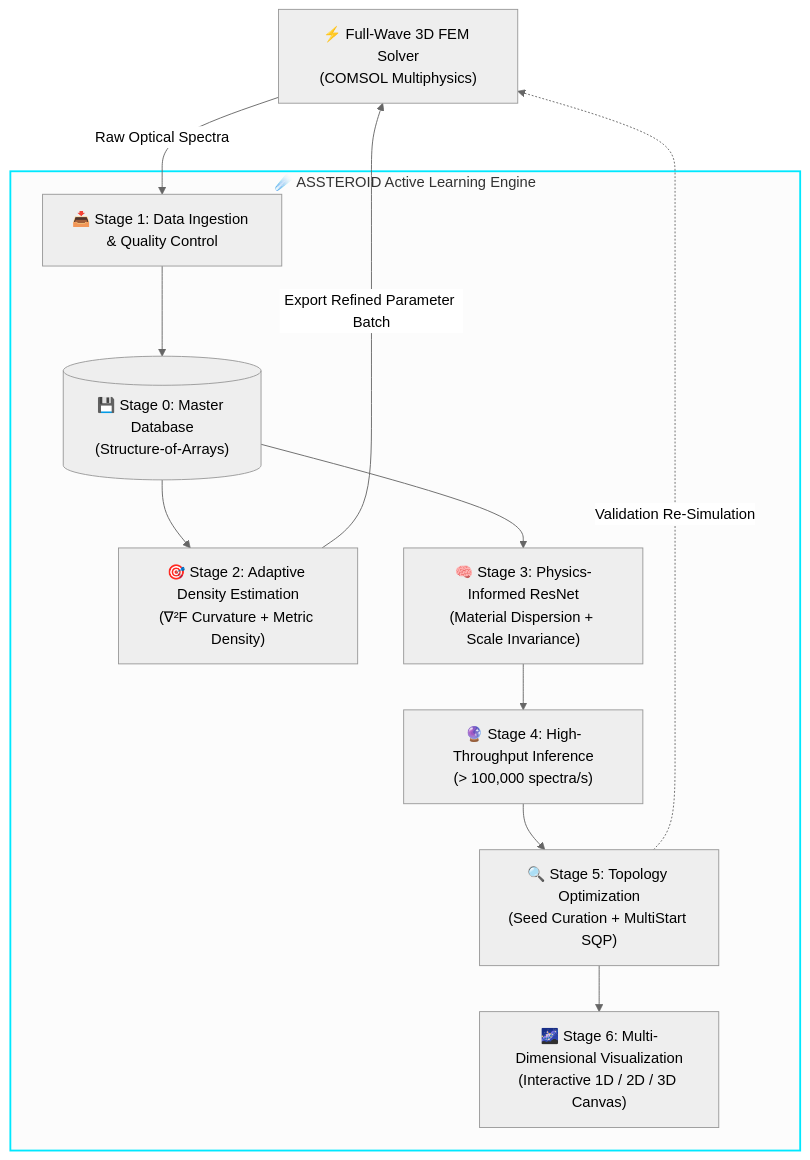
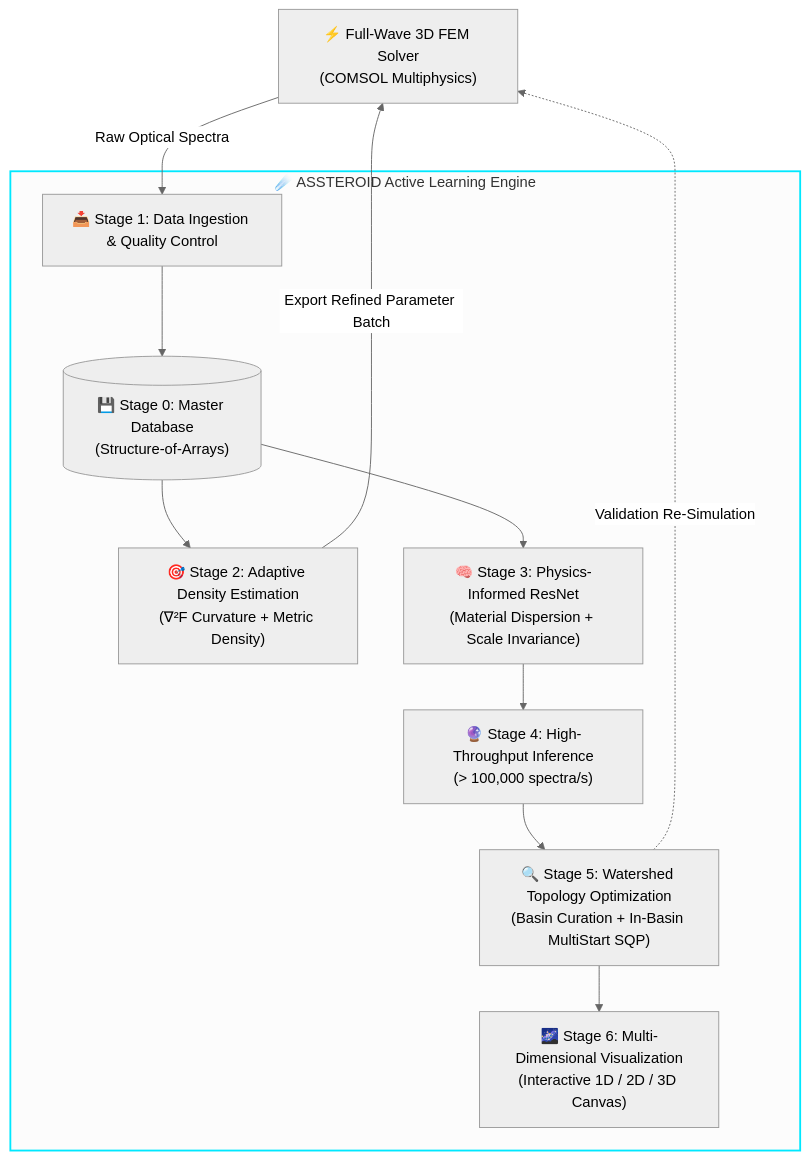
One commit to MahZadYar/ASSTEROID changed the second of 3 diagrams in README.md. Above: the diagram before and after it, drawn with Mermaid (neutral theme). The commit also changed other lines of this file and 16 other files, not shown here.

Commit message:
feat(v5.2): implement marker-controlled topological watershed basin partitioning and in-basin multimodal refinement

````diff
--- a/README.md
+++ b/README.md
@@ -110,28 +110,28 @@
 ```mermaid
 flowchart TD
     FEM["⚡ Full-Wave 3D FEM Solver<br/>(COMSOL Multiphysics)"]
     
     subgraph ASSTEROID_Platform ["☄️ ASSTEROID Active Learning Engine"]
         Ingest["📥 Stage 1: Data Ingestion &amp; Quality Control"]
         DB[("💾 Stage 0: Master Database<br/>(Structure-of-Arrays)")]
         Sampling["🎯 Stage 2: Adaptive Density Estimation<br/>(&nabla;&sup2;F Curvature + Metric Density)"]
         Train["🧠 Stage 3: Physics-Informed ResNet<br/>(Material Dispersion + Scale Invariance)"]
         Pred["🔮 Stage 4: High-Throughput Inference<br/>(&gt; 100,000 spectra/s)"]
-        Opt["🔍 Stage 5: Topology Optimization<br/>(Seed Curation + MultiStart SQP)"]
+        Opt["🔍 Stage 5: Watershed Topology Optimization<br/>(Basin Curation + In-Basin MultiStart SQP)"]
         Vis["🌌 Stage 6: Multi-Dimensional Visualization<br/>(Interactive 1D / 2D / 3D Canvas)"]
         
         Ingest --> DB
         DB --> Sampling
         DB --> Train
         Train --> Pred
         Pred --> Opt
         Opt --> Vis
     end
 
     FEM -->|Raw Optical Spectra| Ingest
     Sampling -->|Export Refined Parameter Batch| FEM
     Opt -.->|Validation Re-Simulation| FEM
 
     classDef loop stroke:#00e8ff,stroke-width:2px;
     class ASSTEROID_Platform loop;
 ```
````
